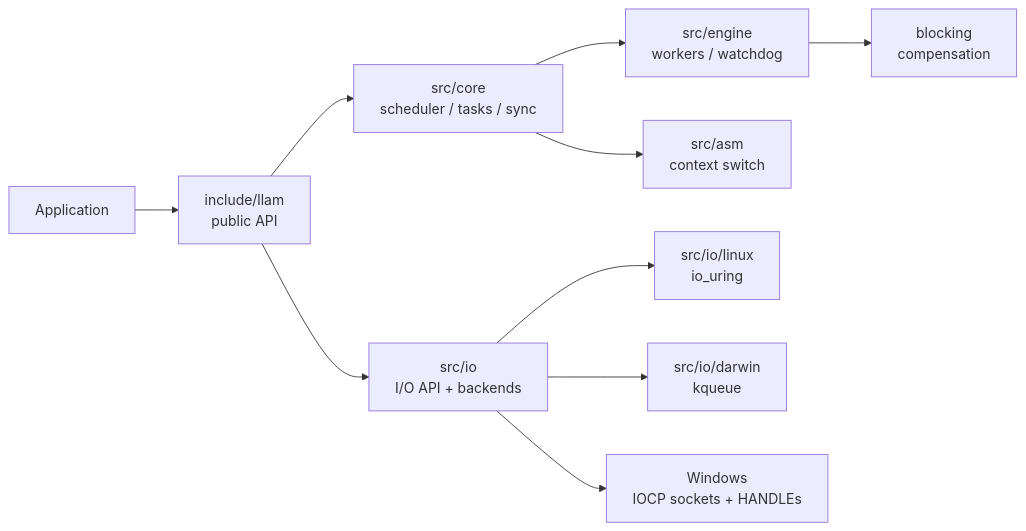
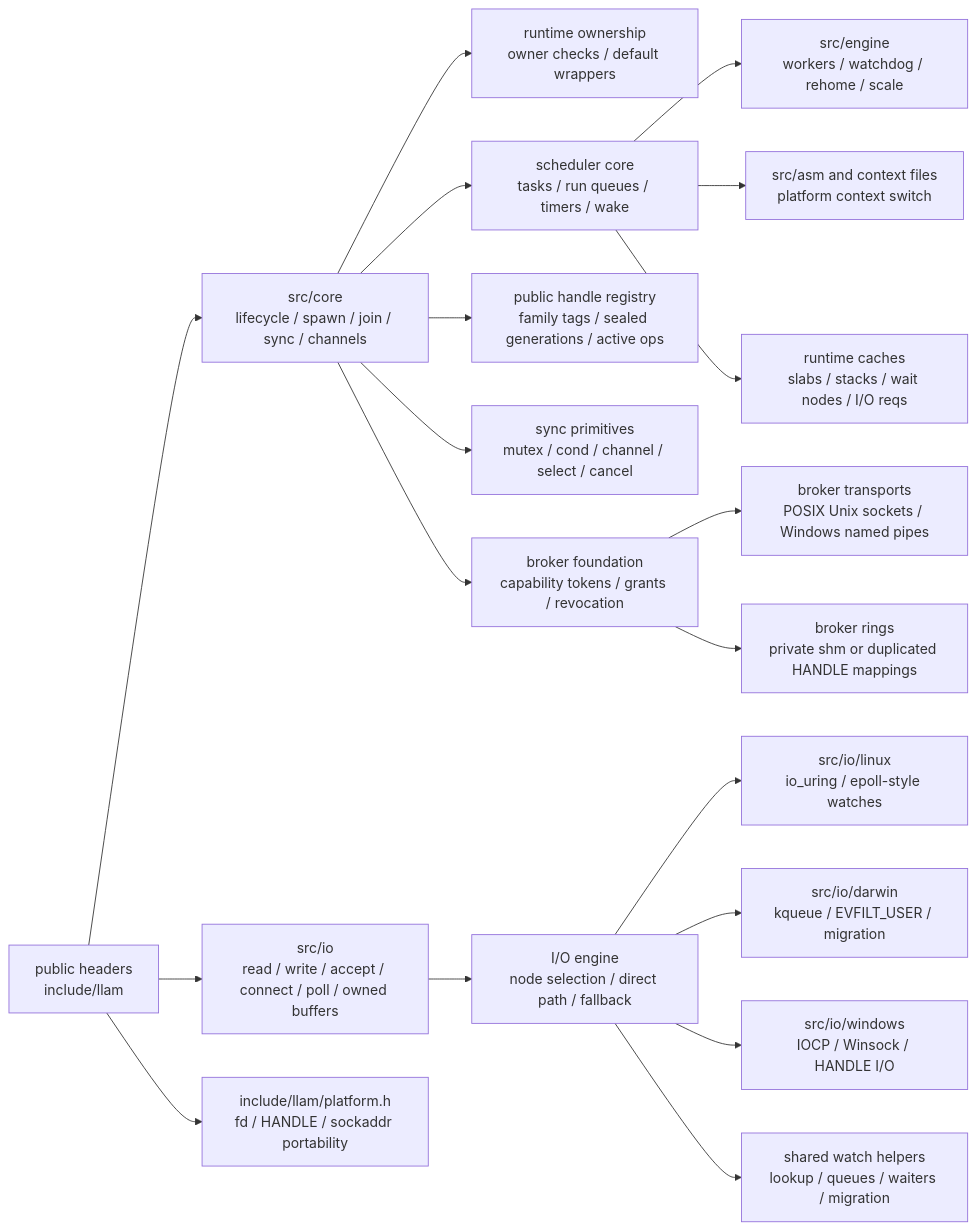
Before and after one commit to Feralthedogg/LLAM: the second of 3 diagrams in README.md, drawn with Mermaid. The commit also changed other lines of this file and 100 other files, not shown here.

Commit message:
Prepare LLAM 2.0 runtime hardening

````diff
--- a/README.md
+++ b/README.md
@@ -1027,12 +1114,25 @@
 ```mermaid
 flowchart LR
-    App["Application"] --> API["include/llam\npublic API"]
-    API --> Core["src/core\nscheduler / tasks / sync"]
-    API --> IO["src/io\nI/O API + backends"]
-    Core --> Engine["src/engine\nworkers / watchdog"]
-    Engine --> Blocking["blocking\ncompensation"]
-    IO --> Linux["src/io/linux\nio_uring"]
-    IO --> Darwin["src/io/darwin\nkqueue"]
-    IO --> Windows["Windows\nIOCP sockets + HANDLEs"]
-    Core --> ASM["src/asm\ncontext switch"]
+    PublicAPI["public headers\ninclude/llam"] --> CoreAPI["src/core\nlifecycle / spawn / join / sync / channels"]
+    PublicAPI --> IOAPI["src/io\nread / write / accept / connect / poll / owned buffers"]
+    PublicAPI --> PlatformAPI["include/llam/platform.h\nfd / HANDLE / sockaddr portability"]
+
+    CoreAPI --> RuntimeOwner["runtime ownership\nowner checks / default wrappers"]
+    CoreAPI --> Scheduler["scheduler core\ntasks / run queues / timers / wake"]
+    CoreAPI --> Handles["public handle registry\nfamily tags / sealed generations / active ops"]
+    CoreAPI --> Sync["sync primitives\nmutex / cond / channel / select / cancel"]
+    CoreAPI --> BrokerCore["broker foundation\ncapability tokens / grants / revocation"]
+
+    Scheduler --> Engine["src/engine\nworkers / watchdog / rehome / scale"]
+    Scheduler --> ASM["src/asm and context files\nplatform context switch"]
+    Scheduler --> Alloc["runtime caches\nslabs / stacks / wait nodes / I/O reqs"]
+
+    IOAPI --> IOEngine["I/O engine\nnode selection / direct path / fallback"]
+    IOEngine --> Linux["src/io/linux\nio_uring / epoll-style watches"]
+    IOEngine --> Darwin["src/io/darwin\nkqueue / EVFILT_USER / migration"]
+    IOEngine --> Windows["src/io/windows\nIOCP / Winsock / HANDLE I/O"]
+    IOEngine --> WatchCommon["shared watch helpers\nlookup / queues / waiters / migration"]
+
+    BrokerCore --> BrokerTransport["broker transports\nPOSIX Unix sockets / Windows named pipes"]
+    BrokerCore --> BrokerRing["broker rings\nprivate shm or duplicated HANDLE mappings"]
 ```
````
